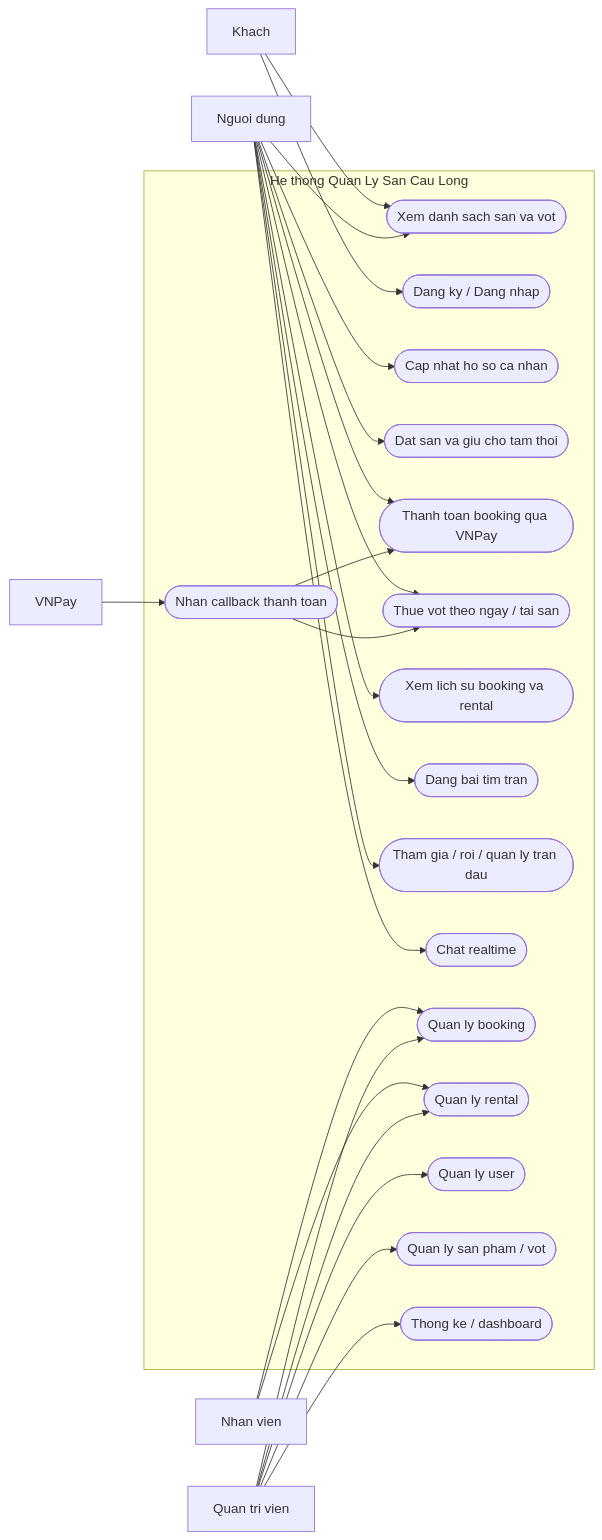
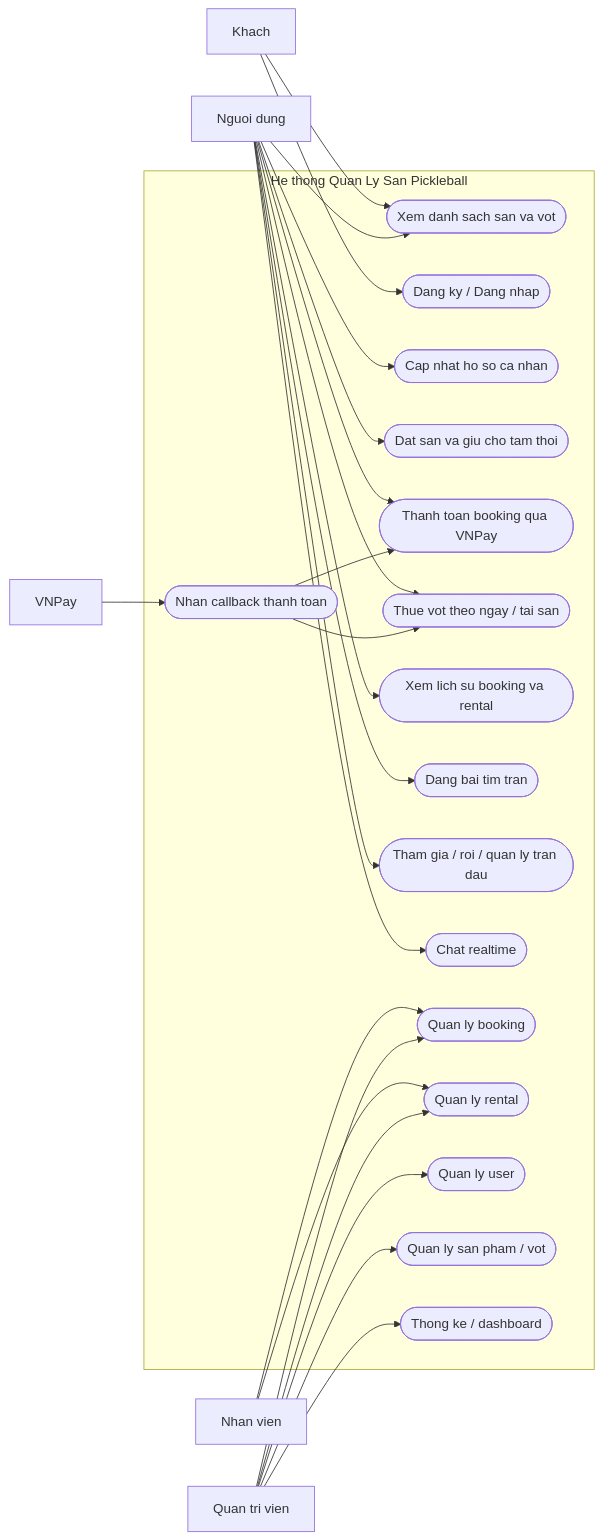
Before and after one commit to TruongAn19/do_an: the diagram in doc/TAI_LIEU_DU_AN.md, drawn with Mermaid. The commit also changed other lines of this file and 157 other files, not shown here.

````diff
--- a/doc/TAI_LIEU_DU_AN.md
+++ b/doc/TAI_LIEU_DU_AN.md
@@ -206,53 +206,53 @@
 ```mermaid
 flowchart LR
     Guest[Khach]
     User[Nguoi dung]
     Staff[Nhan vien]
     Admin[Quan tri vien]
     VNPAY[VNPay]
 
-    subgraph System[He thong Quan Ly San Cau Long]
+    subgraph System[He thong Quan Ly San Pickleball]
         UC1([Xem danh sach san va vot])
         UC2([Dang ky / Dang nhap])
         UC3([Cap nhat ho so ca nhan])
         UC4([Dat san va giu cho tam thoi])
         UC5([Thanh toan booking qua VNPay])
         UC6([Thue vot theo ngay / tai san])
         UC7([Xem lich su booking va rental])
         UC8([Dang bai tim tran])
         UC9([Tham gia / roi / quan ly tran dau])
         UC10([Chat realtime])
         UC11([Quan ly booking])
         UC12([Quan ly rental])
         UC13([Quan ly user])
         UC14([Quan ly san pham / vot])
         UC15([Thong ke / dashboard])
         UC16([Nhan callback thanh toan])
     end
 
     Guest --> UC1
     Guest --> UC2
 
     User --> UC1
     User --> UC3
     User --> UC4
     User --> UC5
     User --> UC6
     User --> UC7
     User --> UC8
     User --> UC9
     User --> UC10
 
     Staff --> UC11
     Staff --> UC12
 
     Admin --> UC11
     Admin --> UC12
     Admin --> UC13
     Admin --> UC14
     Admin --> UC15
 
     VNPAY --> UC16
     UC16 --> UC5
     UC16 --> UC6
 ```
````
